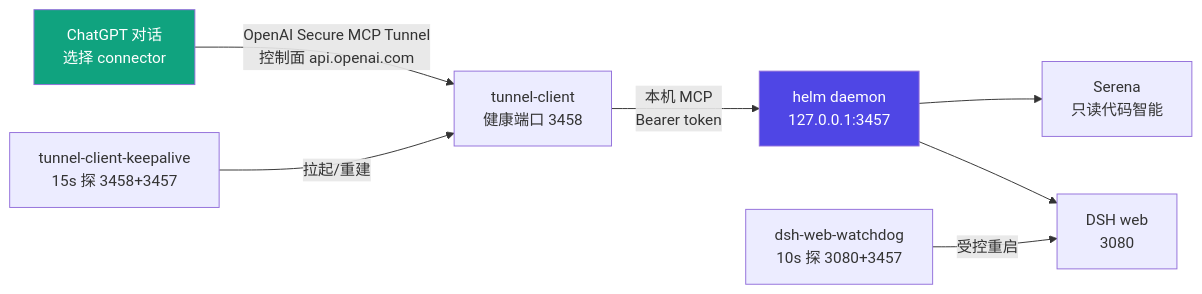
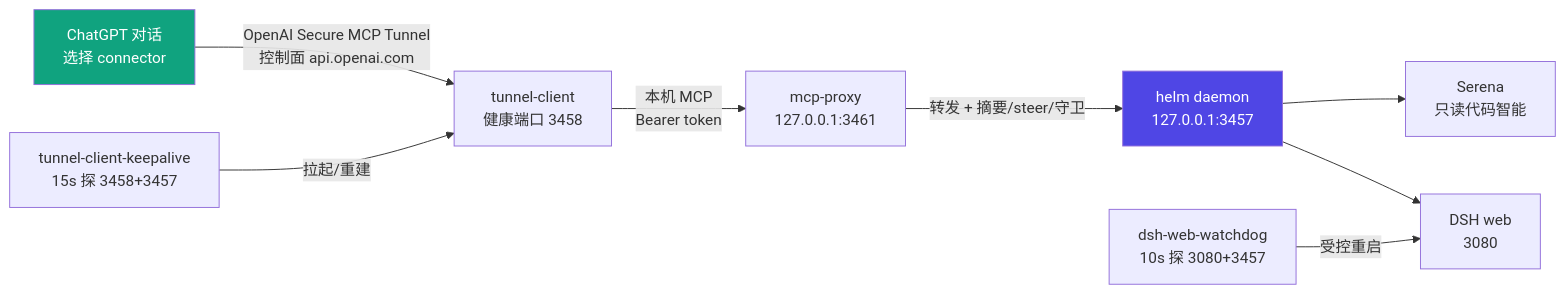
Before and after one commit to lixiaoshuang79/dsh-chatgpt-connector: the diagram in docs/architecture.md, drawn with Mermaid. The commit also changed other lines of this file and 16 other files, not shown here.

First line of the commit message:
feat: 内置 mcp-proxy 升级能力层（摘要瘦身/steer 插队/响应守卫）

````diff
--- a/docs/architecture.md
+++ b/docs/architecture.md
@@ -5,11 +5,12 @@
 ```mermaid
 flowchart LR
     U[ChatGPT 对话<br/>选择 connector] -->|OpenAI Secure MCP Tunnel<br/>控制面 api.openai.com| TC[tunnel-client<br/>健康端口 3458]
-    TC -->|本机 MCP<br/>Bearer token| H[helm daemon<br/>127.0.0.1:3457]
+    TC -->|本机 MCP<br/>Bearer token| P[mcp-proxy<br/>127.0.0.1:3461]
+    P -->|转发 + 摘要/steer/守卫| H[helm daemon<br/>127.0.0.1:3457]
     H --> S[Serena<br/>只读代码智能]
     H --> W[DSH web<br/>3080]
     WD[dsh-web-watchdog<br/>10s 探 3080+3457] -->|受控重启| W
     KA[tunnel-client-keepalive<br/>15s 探 3458+3457] -->|拉起/重建| TC
     style U fill:#10a37f,color:#fff
     style H fill:#4f46e5,color:#fff
 ```
````
